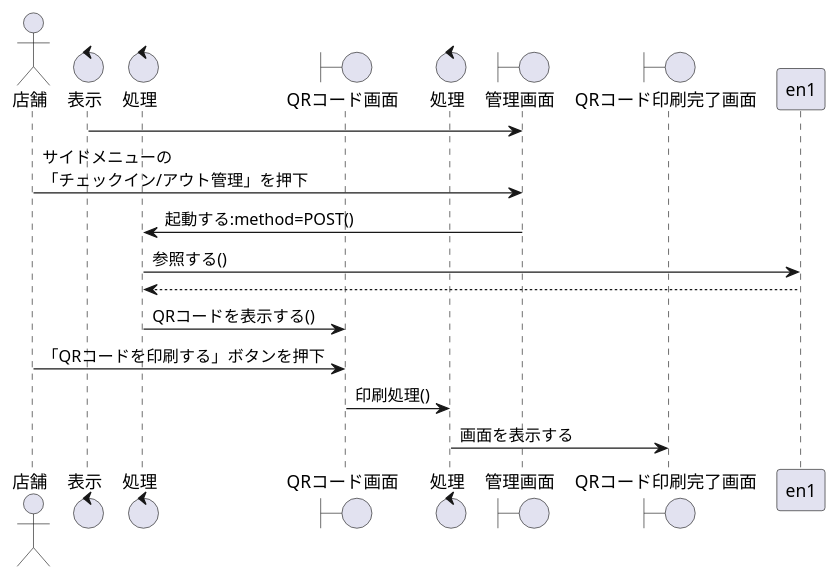
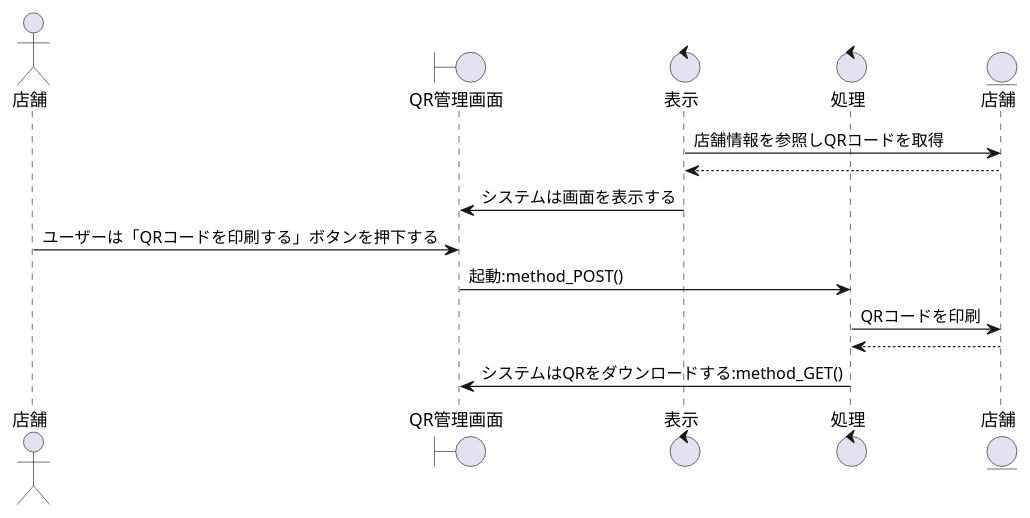
One commit to irukacb256/high_Me changed the diagram in sequence_fig/8_storeside_fn/12_QRコードを印刷する.pu. Above: the diagram before and after it, drawn with PlantUML. The commit also changed 10 other files, not shown here.

```diff
--- a/sequence_fig/8_storeside_fn/12_QRコードを印刷する.pu
+++ b/sequence_fig/8_storeside_fn/12_QRコードを印刷する.pu
@@ -1,23 +1,19 @@
 @startuml QRコードを印刷する
 
 actor 店舗 as cp1
-boundary 管理画面 as b1
+boundary QR管理画面 as b1
 control 表示 as co1
 control 処理 as co2
-boundary QRコード画面 as b2
-control 処理 as co3
 
-entity 店舗 as b1
-boundary QRコード印刷完了画面 as b3
+entity 店舗 as ac1
 
-b1   <- co1
-cp1  -> b1 :サイドメニューの\n「チェックイン/アウト管理」を押下
-b1   -> co2 :起動する:method=POST()
-co2  -> en1 :参照する()
-co2 <-- en1
-b2  <- co2 :QRコードを表示する()
-cp1 -> b2 :「QRコードを印刷する」ボタンを押下
-b2 -> co3 :印刷処理()
-co3 -> b3 :画面を表示する
+co1 -> ac1 : 店舗情報を参照しQRコードを取得
+co1 <-- ac1
+b1 <- co1 : システムは画面を表示する
+cp1 -> b1 : ユーザーは「QRコードを印刷する」ボタンを押下する
+b1 -> co2 : 起動:method_POST()
+co2 -> ac1 : QRコードを印刷
+co2 <-- ac1 
+co2 -> b1 : システムはQRをダウンロードする:method_GET()
 
 @enduml
```
